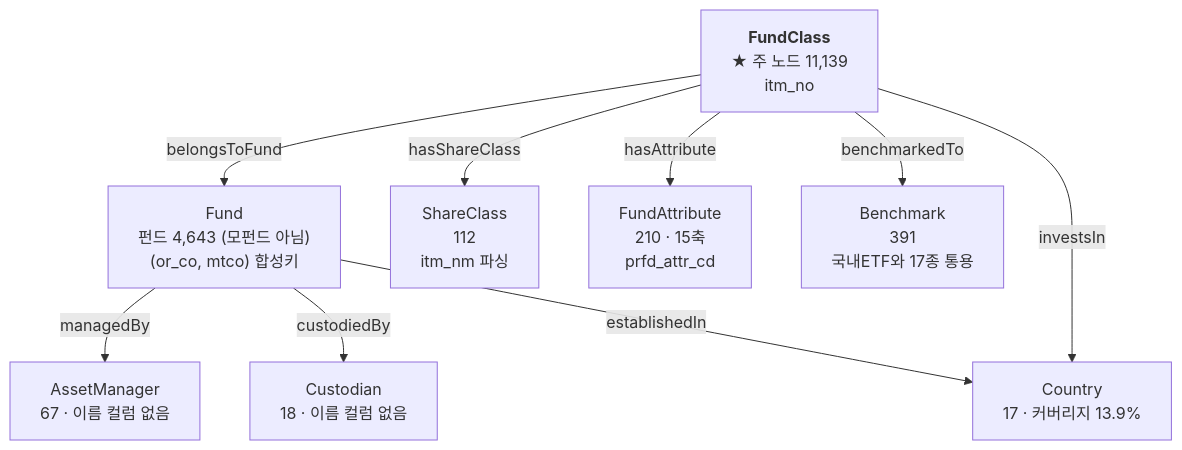
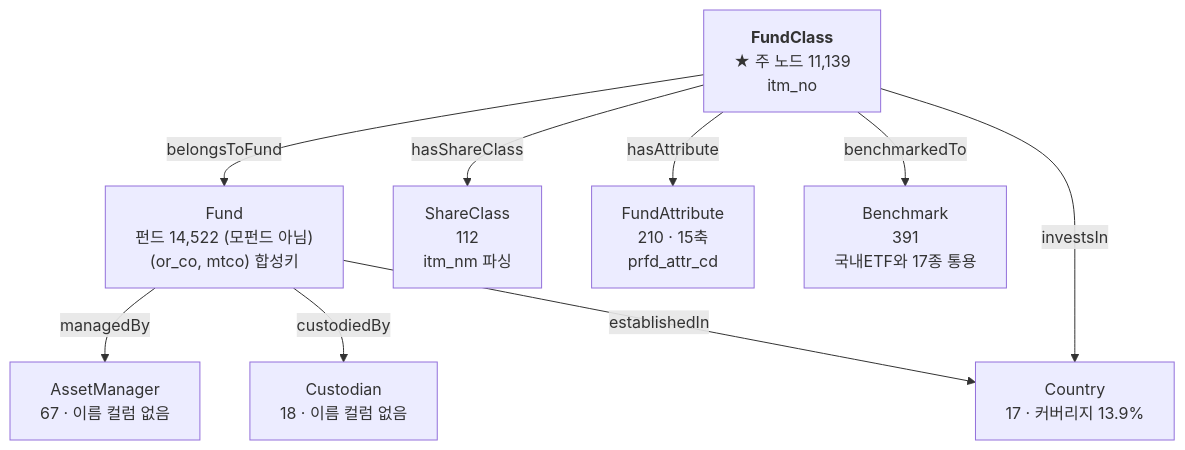
The diagram in docs/eda/public_funds_entity_map.md (Song-exp/miraeassetfesta), drawn with Mermaid before and after one commit. The commit also changed other lines of this file and 34 other files, not shown here.

````diff
--- a/docs/eda/public_funds_entity_map.md
+++ b/docs/eda/public_funds_entity_map.md
@@ -47,19 +47,19 @@
 ```mermaid
 graph TD
   FC["<b>FundClass</b><br/>★ 주 노드 11,139<br/>itm_no"]
-  FD["Fund<br/>펀드 4,643 (모펀드 아님)<br/>(or_co, mtco) 합성키"]
+  FD["Fund<br/>펀드 14,522 (모펀드 아님)<br/>(or_co, mtco) 합성키"]
   SC["ShareClass<br/>112<br/>itm_nm 파싱"]
   FA["FundAttribute<br/>210 · 15축<br/>prfd_attr_cd"]
   CO["Country<br/>17 · 커버리지 13.9%"]
   BM["Benchmark<br/>391<br/>국내ETF와 17종 통용"]
   AM["AssetManager<br/>67 · 이름 컬럼 없음"]
   CU["Custodian<br/>18 · 이름 컬럼 없음"]
   FC -->|belongsToFund| FD
   FD -->|managedBy| AM
   FD -->|custodiedBy| CU
   FD -->|establishedIn| CO
   FC -->|hasShareClass| SC
   FC -->|hasAttribute| FA
   FC -->|investsIn| CO
   FC -->|benchmarkedTo| BM
 ```
````
